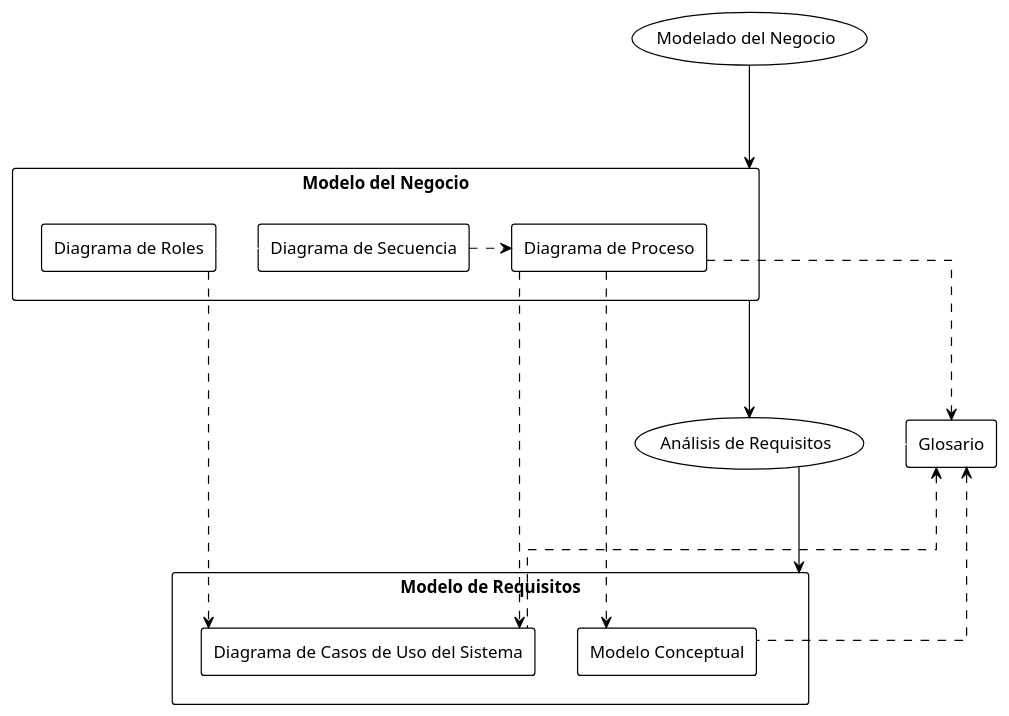
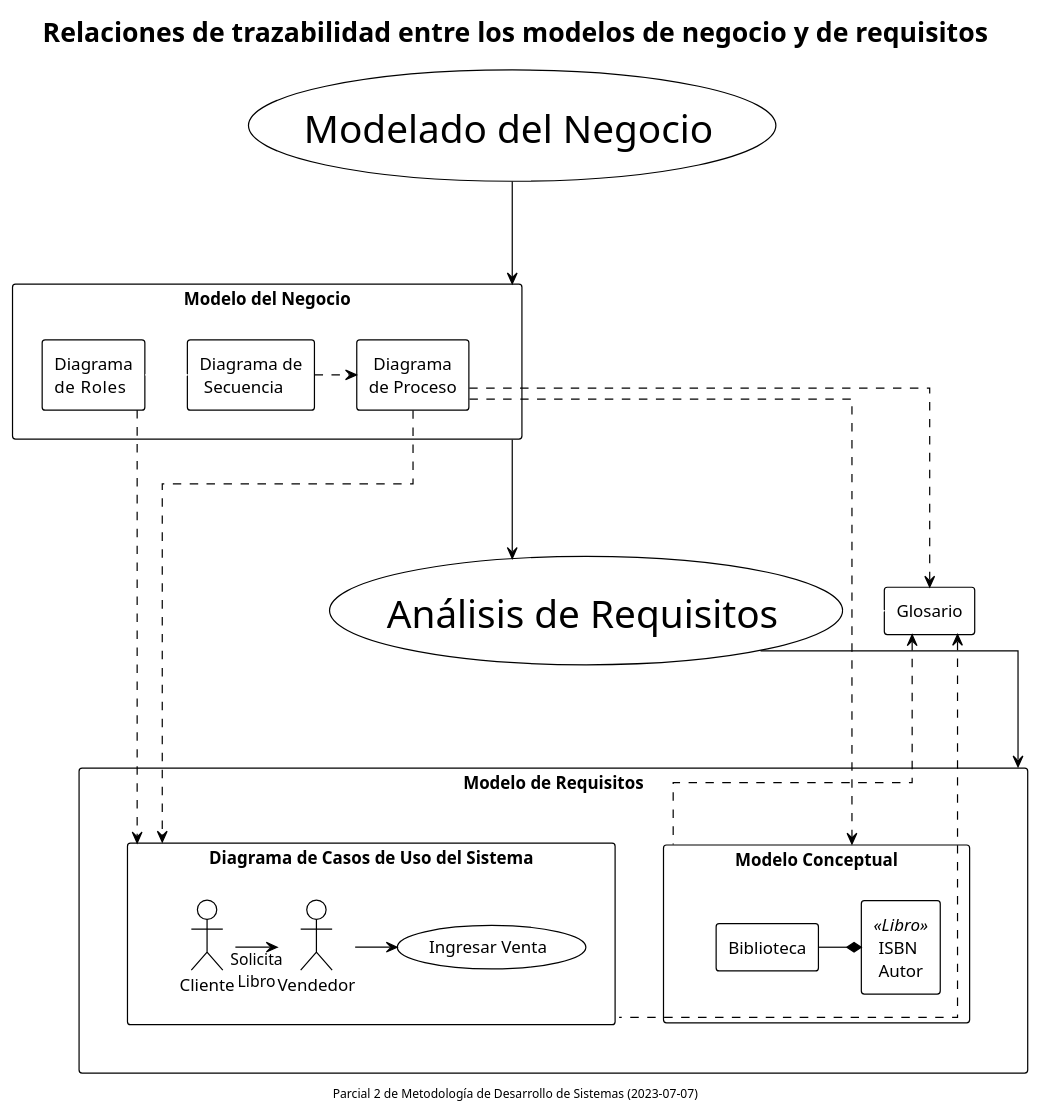
The diagram in [MDS]/Itinerario 14 - 2do Parcial/1 - Relaciones de Trazabilidad.puml (zherar7ordoya/AP6), drawn with PlantUML before and after one commit. The commit also changed 21 other files, not shown here.

```diff
--- a/[MDS]/Itinerario 14 - 2do Parcial/1 - Relaciones de Trazabilidad.puml
+++ b/[MDS]/Itinerario 14 - 2do Parcial/1 - Relaciones de Trazabilidad.puml
@@ -1,45 +1,68 @@
-@startuml Trazabilidad
+@startuml Universidad de Murcia
+
+'/**
+' * Developer/s: Gerardo Tordoya
+' * Description: De 
+' * Create Date: 2023-07-07
+' * Update Date: XXXX-XX-XX
+' * https://youtu.be/v5Tdb5NqLlY
+' */
+
+
 
 !theme plain
 skinparam linetype ortho
 
-(Modelado del Negocio) as (MODELADO_DEL_NEGOCIO)
+title Relaciones de trazabilidad entre los modelos de negocio y de requisitos
+
+"<size:32>Modelado del Negocio" as (MODELADO_DEL_NEGOCIO)
 
 rectangle "Modelo del Negocio" as modelo_del_negocio {
-  rectangle "Diagrama de Roles" as roles
-  rectangle "Diagrama de Secuencia" as secuencia
-  rectangle "Diagrama de Proceso" as proceso
+  rectangle "Diagrama\nde  Roles" as roles
+  rectangle "Diagrama de\n Secuencia" as secuencia
+  rectangle " Diagrama\nde Proceso" as proceso
 }
 
-(Análisis de Requisitos) as (ANALISIS_DE_REQUISITOS)
+"<size:32>Análisis de Requisitos" as (ANALISIS_DE_REQUISITOS)
 
 rectangle "Glosario" as glosario
 
 rectangle "Modelo de Requisitos" as modelo_de_requisitos {
-  rectangle "Modelo Conceptual" as conceptual
-  rectangle "Diagrama de Casos de Uso del Sistema" as casos
+  rectangle "Modelo Conceptual" as conceptual {
+    rectangle "Biblioteca" as biblioteca
+    rectangle "ISBN\nAutor" <<Libro>> as libro
+    biblioteca -* libro
+  }
+  rectangle "Diagrama de Casos de Uso del Sistema" as casos {
+    actor Cliente
+    actor Vendedor
+    Cliente -> Vendedor: Solicita\nLibro
+    Vendedor -> (Ingresar Venta)
+  }
 }
 
 ' ------------------------------------------------------------------------------
 
 MODELADO_DEL_NEGOCIO --down-> modelo_del_negocio
 modelo_del_negocio --down-> ANALISIS_DE_REQUISITOS
 ANALISIS_DE_REQUISITOS -> glosario #line:white
 ANALISIS_DE_REQUISITOS --down-> modelo_de_requisitos
 
 roles -> secuencia #line:white
 secuencia .> proceso
 
 
 ' ------------------------------------------------------------------------------
 
 roles ..> casos
 
 proceso ..> casos
 proceso ..> conceptual
 proceso .> glosario
 
 casos .up.> glosario
 conceptual .up.> glosario
 
+footer Parcial 2 de Metodología de Desarrollo de Sistemas (2023-07-07)
+
 @enduml
```
